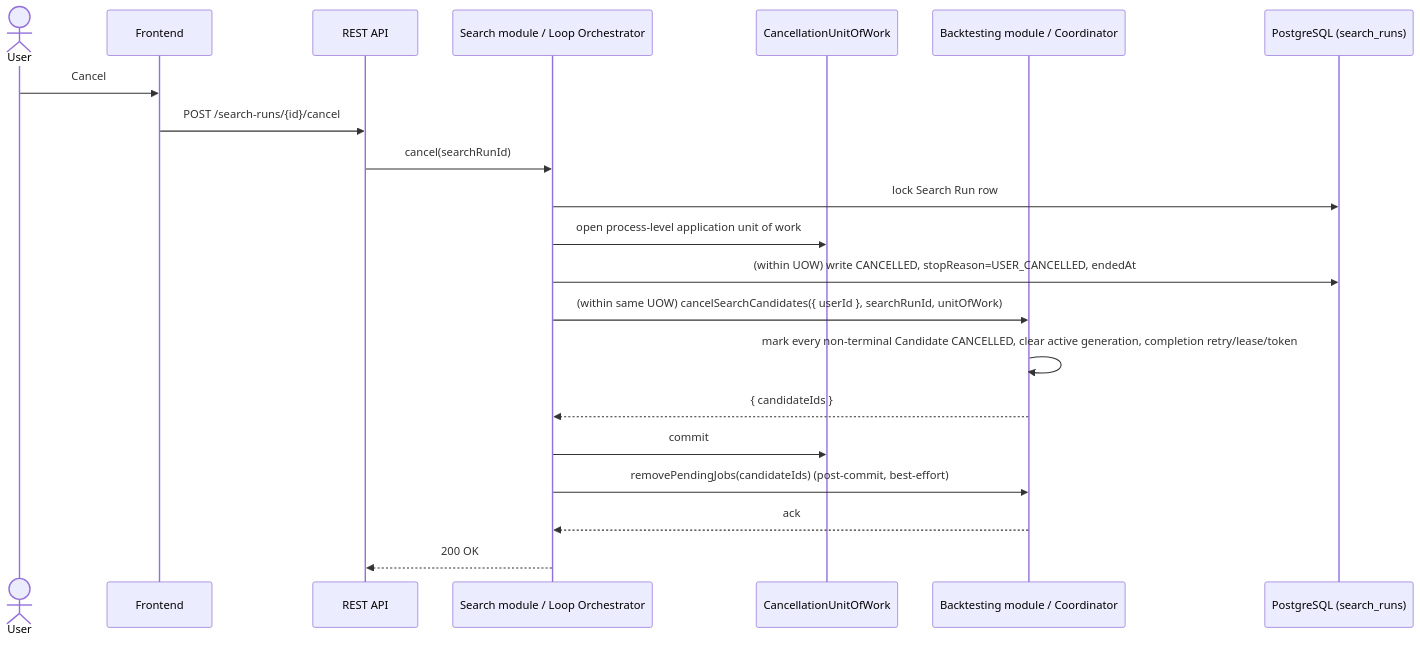
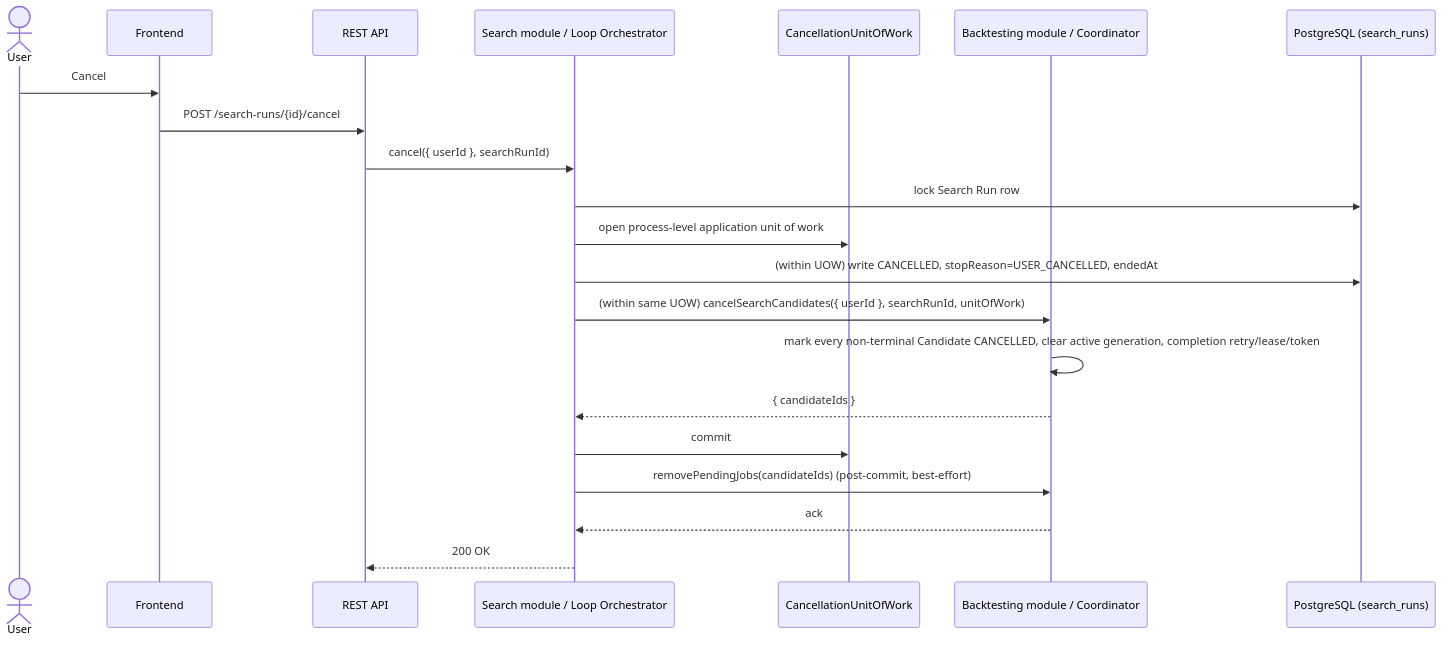
The sixth of 9 diagrams in openspec/specs/search-spec.md (thanhdatttt/Cryptox), drawn with Mermaid before and after one commit. The commit also changed other lines of this file and 10 other files, not shown here.

````diff
--- a/openspec/specs/search-spec.md
+++ b/openspec/specs/search-spec.md
@@ -223,24 +230,24 @@
 ```mermaid
 sequenceDiagram
     actor U as User
     participant FE as Frontend
     participant API as REST API
     participant O as Search module / Loop Orchestrator
     participant UOW as CancellationUnitOfWork
     participant BC as Backtesting module / Coordinator
     participant PG as PostgreSQL (search_runs)
 
     U->>FE: Cancel
     FE->>API: POST /search-runs/{id}/cancel
-    API->>O: cancel(searchRunId)
+    API->>O: cancel({ userId }, searchRunId)
     O->>PG: lock Search Run row
     O->>UOW: open process-level application unit of work
     O->>PG: (within UOW) write CANCELLED, stopReason=USER_CANCELLED, endedAt
     O->>BC: (within same UOW) cancelSearchCandidates({ userId }, searchRunId, unitOfWork)
     BC->>BC: mark every non-terminal Candidate CANCELLED, clear active generation, completion retry/lease/token
     BC-->>O: { candidateIds }
     O->>UOW: commit
     O->>BC: removePendingJobs(candidateIds)  (post-commit, best-effort)
     BC-->>O: ack
     O-->>API: 200 OK
 ```
````
